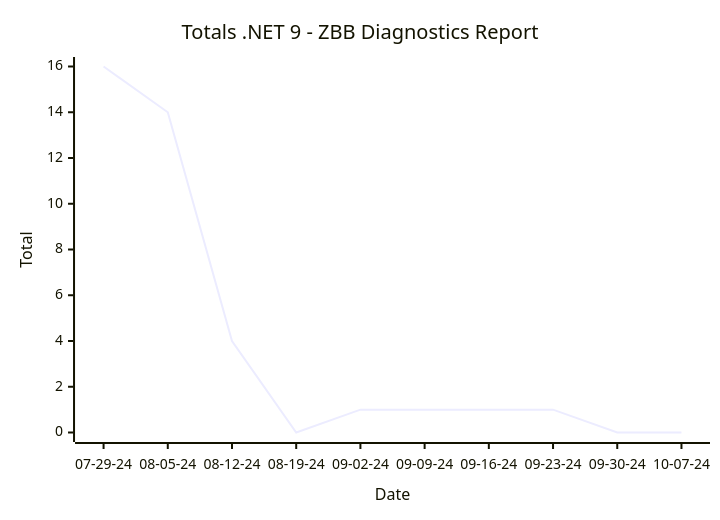
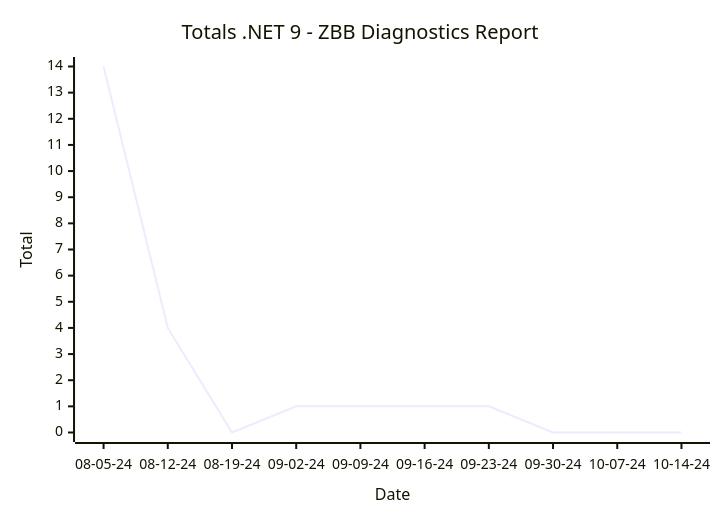
One commit to hoyosjs/gh-issue-tracker changed the second of 2 diagrams in reports/README.md. Above: the diagram before and after it, drawn with Mermaid. The commit also changed other lines of this file and 4 other files, not shown here.

````diff
--- a/reports/README.md
+++ b/reports/README.md
@@ -24,7 +24,7 @@
 ```mermaid
 xychart-beta
   title "Totals .NET 9 - ZBB Diagnostics Report"
-  x-axis "Date" ["07-29-24", "08-05-24", "08-12-24", "08-19-24", "09-02-24", "09-09-24", "09-16-24", "09-23-24", "09-30-24", "10-07-24"]
+  x-axis "Date" ["08-05-24", "08-12-24", "08-19-24", "09-02-24", "09-09-24", "09-16-24", "09-23-24", "09-30-24", "10-07-24", "10-14-24"]
   y-axis "Total"
-  line [16, 14, 4, 0, 1, 1, 1, 1, 0, 0]
+  line [14, 4, 0, 1, 1, 1, 1, 0, 0, 0]
 ```
````
